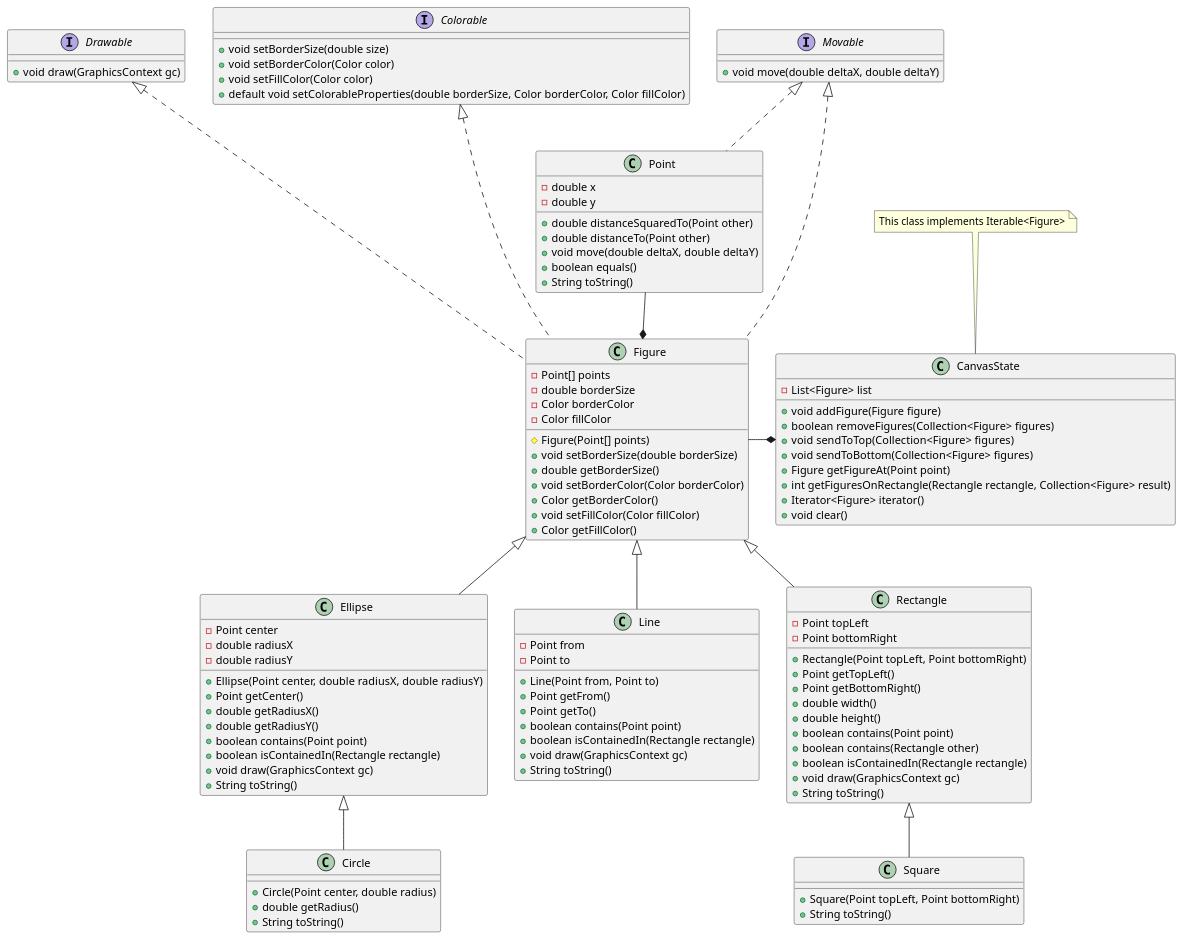
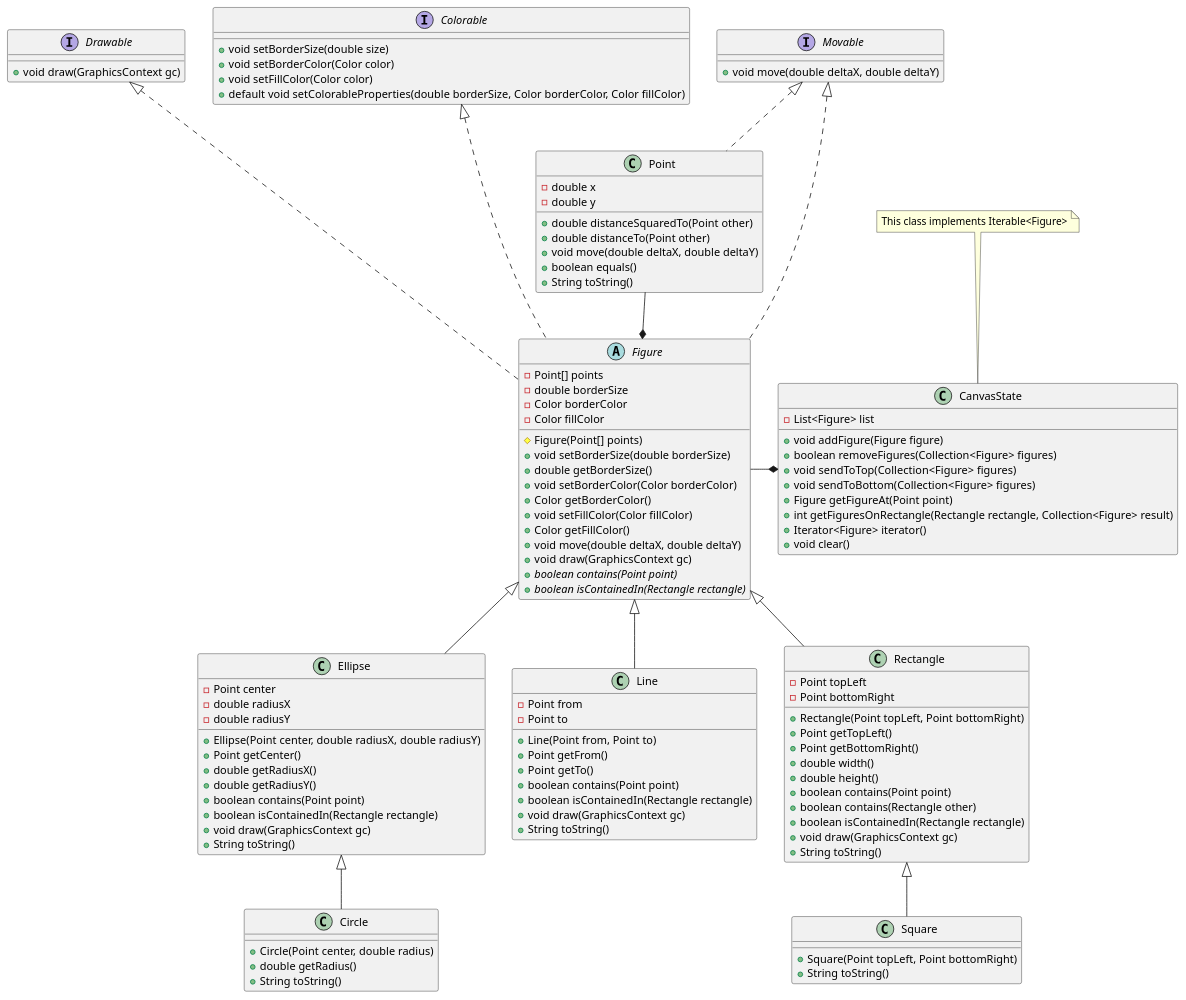
Before and after one commit to ThomasMiz/TPE-POO: the diagram in doc/BackendUML.puml, drawn with PlantUML.

Commit message:
BackendUML fix

```diff
--- a/doc/BackendUML.puml
+++ b/doc/BackendUML.puml
@@ -1,131 +1,136 @@
 @startuml
 
 interface Drawable{
 +void draw(GraphicsContext gc)
 }
 
 interface Colorable{
 +void setBorderSize(double size)
 +void setBorderColor(Color color)
 +void setFillColor(Color color)
 +default void setColorableProperties(double borderSize, Color borderColor, Color fillColor)
 }
 
 interface Movable{
 +void move(double deltaX, double deltaY)
 }
 
 Drawable -[hidden] Colorable
 Colorable -[hidden] Movable
 
 abstract class Figure{
 -Point[] points
 -double borderSize
 -Color borderColor
 -Color fillColor
 
 #Figure(Point[] points)
 +void setBorderSize(double borderSize)
 +double getBorderSize()
 +void setBorderColor(Color borderColor)
 +Color getBorderColor()
 +void setFillColor(Color fillColor)
 +Color getFillColor()
++void move(double deltaX, double deltaY)
++void draw(GraphicsContext gc)
+{abstract}+boolean contains(Point point)
+{abstract}+boolean isContainedIn(Rectangle rectangle)
 }
-class Figure implements Drawable
-class Figure implements Colorable
-class Figure implements Movable
+Figure .up.|> Drawable
+Figure .up.|> Colorable
+Figure .up.|> Movable
+
 Figure *-up- Point
 
 class CanvasState{
 -List<Figure> list
 +void addFigure(Figure figure)
 +boolean removeFigures(Collection<Figure> figures)
 +void sendToTop(Collection<Figure> figures)
 +void sendToBottom(Collection<Figure> figures)
 +Figure getFigureAt(Point point)
 +int getFiguresOnRectangle(Rectangle rectangle, Collection<Figure> result)
 +Iterator<Figure> iterator()
 +void clear()
 }
 
 CanvasState *-left- Figure
 
 class Circle{
 +Circle(Point center, double radius)
 +double getRadius()
 +String toString()
 }
 
 class Ellipse{
 -Point center
 -double radiusX
 -double radiusY
 
 +Ellipse(Point center, double radiusX, double radiusY)
 +Point getCenter()
 +double getRadiusX()
 +double getRadiusY()
 +boolean contains(Point point)
 +boolean isContainedIn(Rectangle rectangle)
 +void draw(GraphicsContext gc)
 +String toString()
 }
 
 class Line{
 -Point from
 -Point to
 
 +Line(Point from, Point to)
 +Point getFrom()
 +Point getTo()
 +boolean contains(Point point)
 +boolean isContainedIn(Rectangle rectangle)
 +void draw(GraphicsContext gc)
 +String toString()
 }
 
 class Point{
 -double x
 -double y
 
 +double distanceSquaredTo(Point other)
 +double distanceTo(Point other)
 +void move(double deltaX, double deltaY)
 +boolean equals()
 +String toString()
 }
 
 class Point implements Movable
 
 class Rectangle{
 -Point topLeft
 -Point bottomRight
 
 +Rectangle(Point topLeft, Point bottomRight)
 +Point getTopLeft()
 +Point getBottomRight()
 +double width()
 +double height()
 +boolean contains(Point point)
 +boolean contains(Rectangle other)
 +boolean isContainedIn(Rectangle rectangle)
 +void draw(GraphicsContext gc)
 +String toString()
 }
 
 class Square{
 +Square(Point topLeft, Point bottomRight)
 +String toString()
 }
 
 class Circle extends Ellipse
 class Ellipse extends Figure
 class Rectangle extends Figure
 class Square extends Rectangle
 class Line extends Figure
 
 note top of CanvasState
 This class implements Iterable<Figure>
 end note
 @enduml
```
